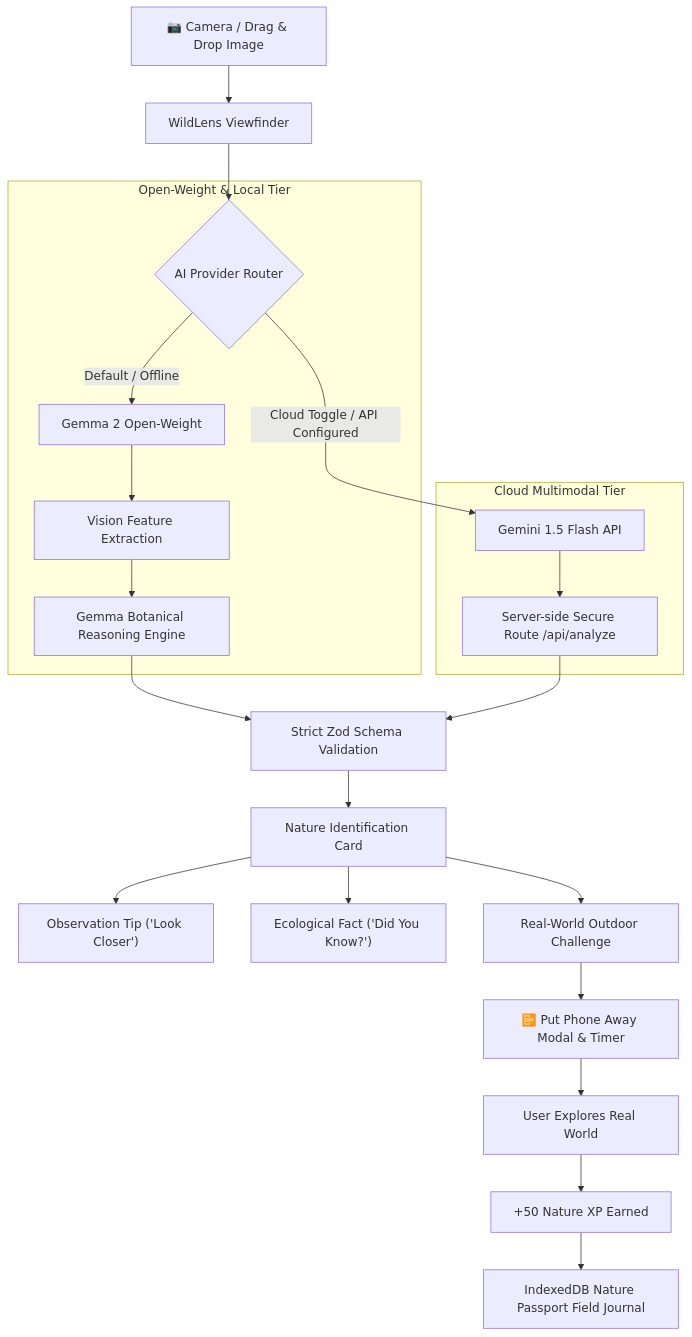
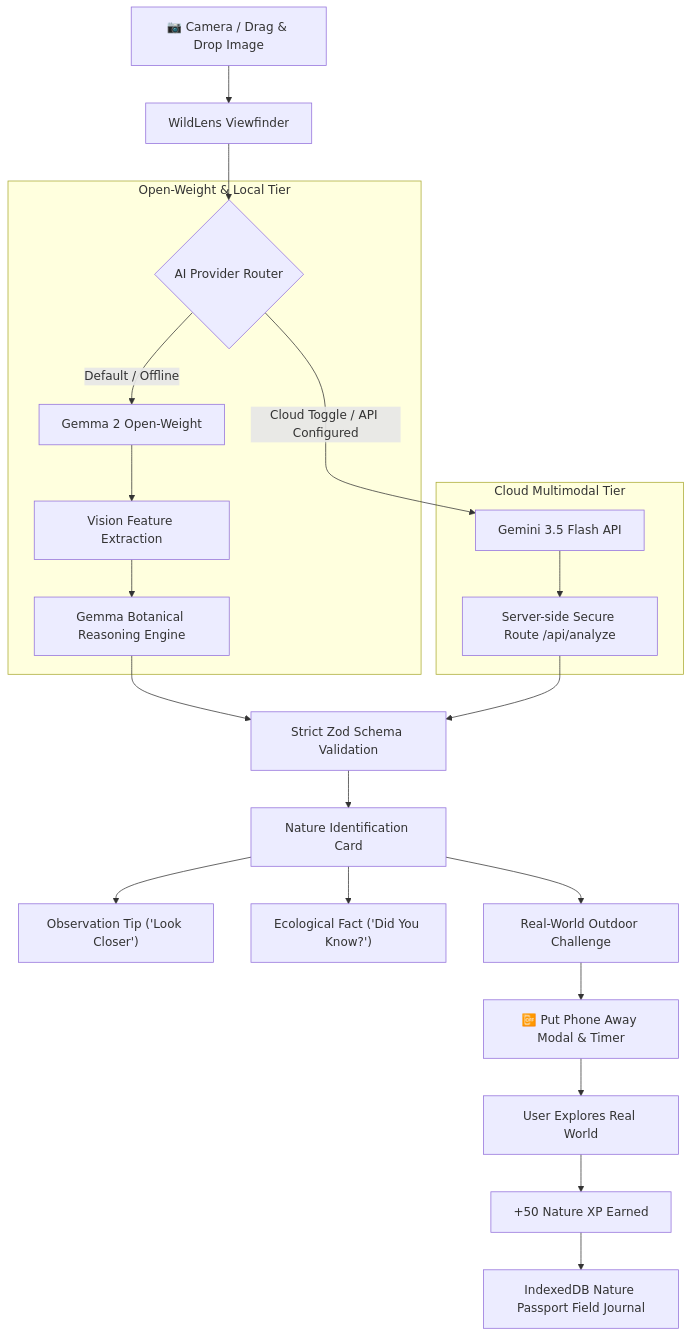
One commit to rudraism19/Wildlens-Hacktober changed the diagram in README.md. Above: the diagram before and after it, drawn with Mermaid. The commit also changed other lines of this file, not shown here.

````diff
--- a/README.md
+++ b/README.md
@@ -43,29 +80,29 @@
 ```mermaid
 flowchart TD
     A["📷 Camera / Drag & Drop Image"] --> B["WildLens Viewfinder"]
     B --> C{"AI Provider Router"}
     
     subgraph OpenWeight ["Open-Weight & Local Tier"]
         C -->|"Default / Offline"| D["Gemma 2 Open-Weight"]
         D --> D1["Vision Feature Extraction"]
         D1 --> D2["Gemma Botanical Reasoning Engine"]
     end
 
     subgraph CloudTier ["Cloud Multimodal Tier"]
-        C -->|"Cloud Toggle / API Configured"| E["Gemini 1.5 Flash API"]
+        C -->|"Cloud Toggle / API Configured"| E["Gemini 3.5 Flash API"]
         E --> E1["Server-side Secure Route /api/analyze"]
     end
 
     D2 --> F["Strict Zod Schema Validation"]
     E1 --> F
     
     F --> G["Nature Identification Card"]
     G --> H["Observation Tip ('Look Closer')"]
     G --> I["Ecological Fact ('Did You Know?')"]
     G --> J["Real-World Outdoor Challenge"]
     
     J --> K["📴 Put Phone Away Modal & Timer"]
     K --> L["User Explores Real World"]
     L --> M["+50 Nature XP Earned"]
     M --> N["IndexedDB Nature Passport Field Journal"]
 ```
````
